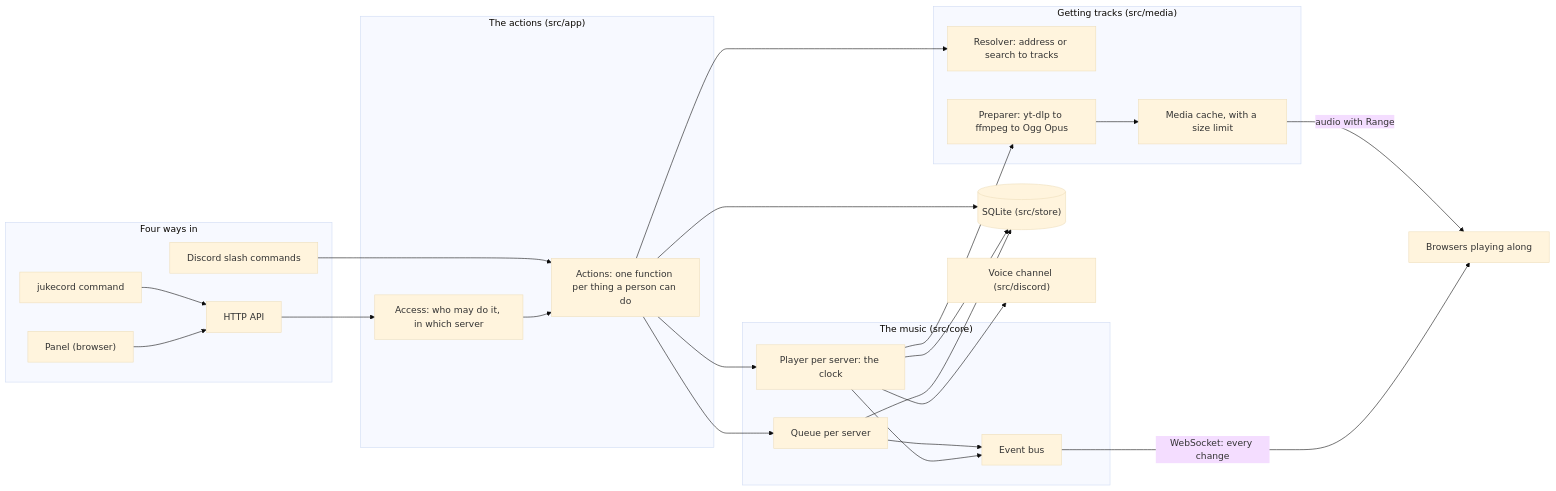
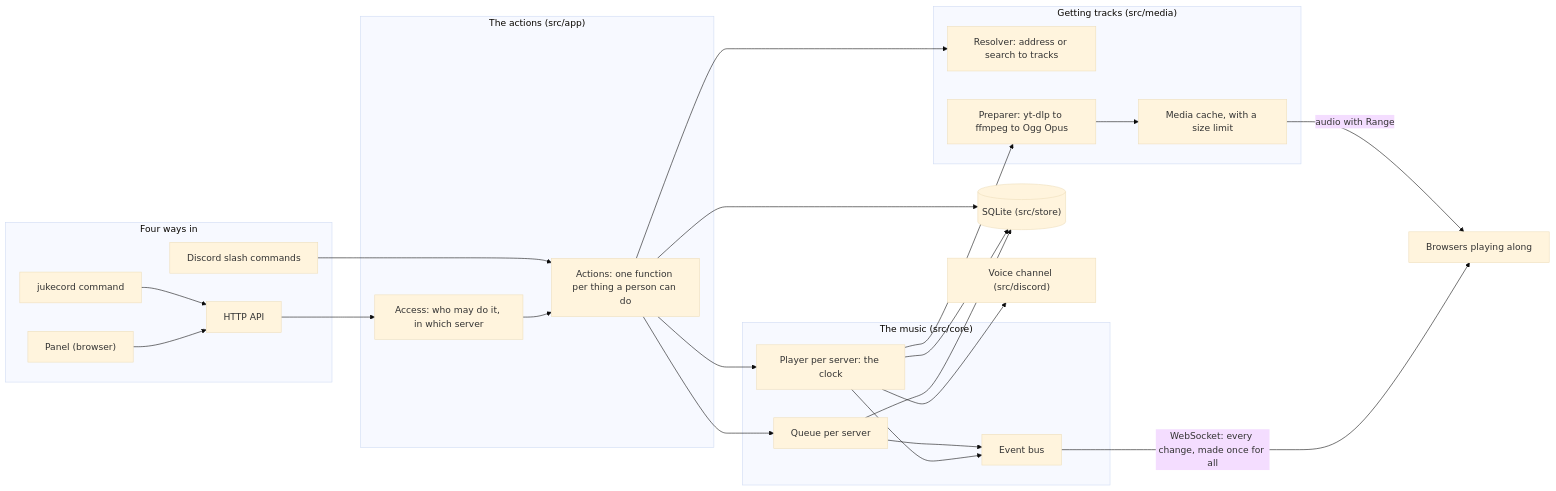
The diagram in docs/ARCHITECTURE.md (kanggu12/jukecord), drawn with Mermaid (base theme) before and after one commit. The commit also changed other lines of this file and 12 other files, not shown here.

````diff
--- a/docs/ARCHITECTURE.md
+++ b/docs/ARCHITECTURE.md
@@ -6,39 +6,39 @@
 ```mermaid
 flowchart LR
   subgraph ways["Four ways in"]
     panel["Panel (browser)"]
     discord["Discord slash commands"]
     api["HTTP API"]
     cli["jukecord command"]
   end
   subgraph app["The actions (src/app)"]
     actions["Actions: one function per thing a person can do"]
     access["Access: who may do it, in which server"]
   end
   subgraph core["The music (src/core)"]
     queue["Queue per server"]
     player["Player per server: the clock"]
     bus["Event bus"]
   end
   subgraph media["Getting tracks (src/media)"]
     resolver["Resolver: address or search to tracks"]
     preparer["Preparer: yt-dlp to ffmpeg to Ogg Opus"]
     cache["Media cache, with a size limit"]
   end
   store[("SQLite (src/store)")]
   voice["Voice channel (src/discord)"]
   browsers["Browsers playing along"]
 
   panel --> api
   cli --> api
   api --> access --> actions
   discord --> actions
   actions --> queue & player & resolver
   player --> preparer --> cache
   player --> voice
   player --> bus
   queue --> bus
-  bus -- "WebSocket: every change" --> browsers
+  bus -- "WebSocket: every change, made once for all" --> browsers
   cache -- "audio with Range" --> browsers
   queue & player & actions --> store
 ```
````
